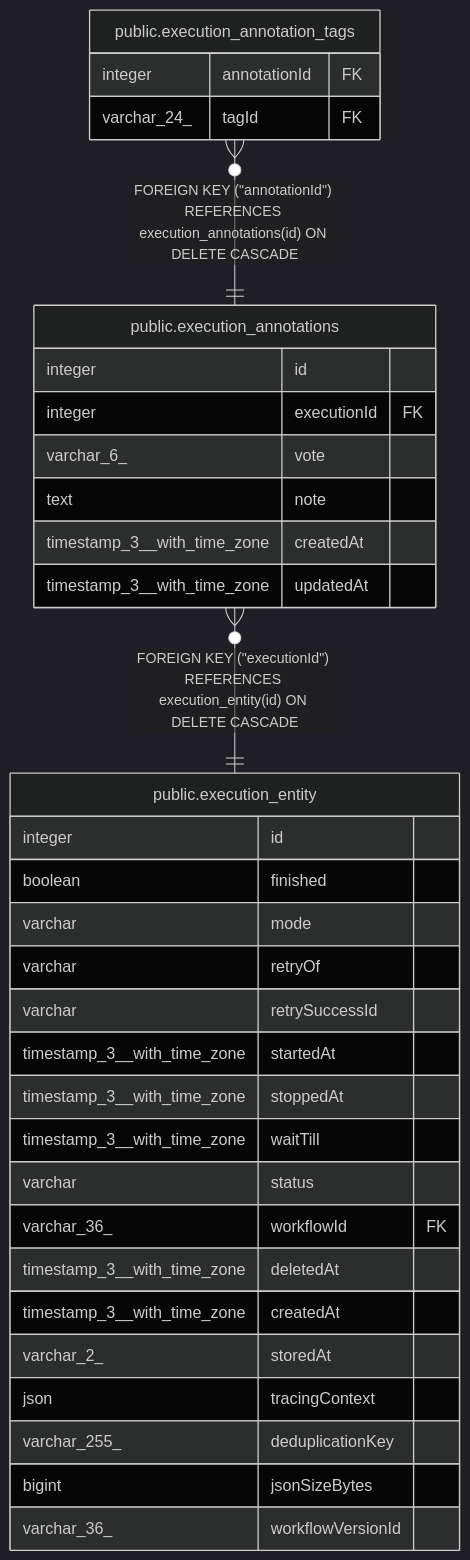
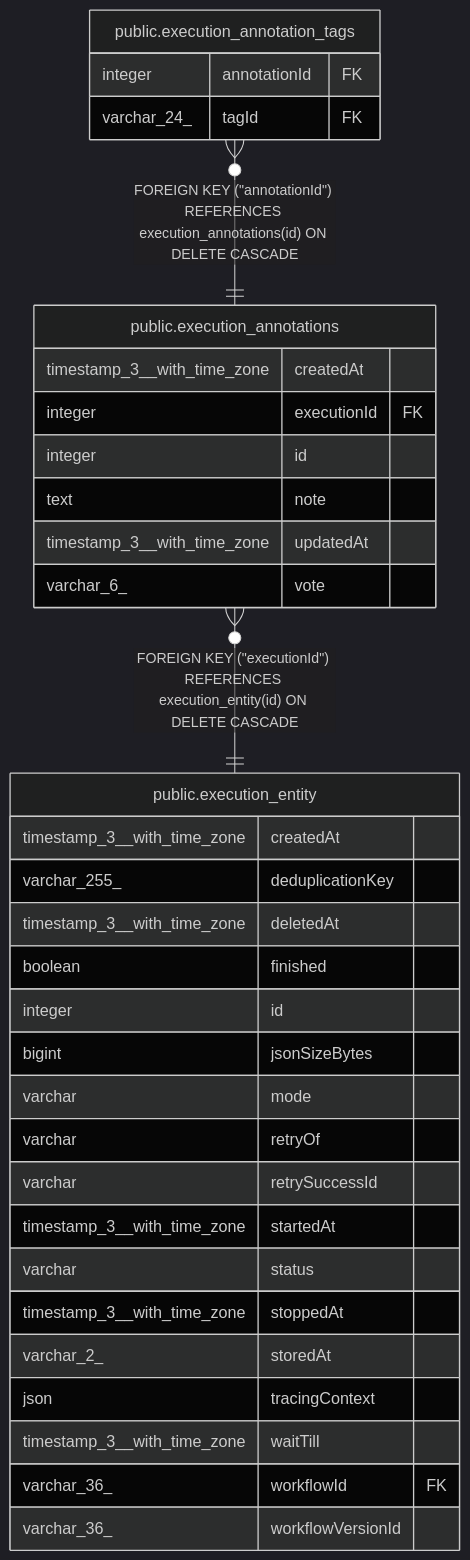
Before and after one commit to mayankjain1815-commits/n8n: the diagram in docs/generated/postgres-schema/public.execution_annotations.md, drawn with Mermaid (dark theme). The commit also changed other lines of this file and 221 other files, not shown here.

Commit message:
chore(core): Make DB schema docs generation deterministic (#32373)

````diff
--- a/docs/generated/postgres-schema/public.execution_annotations.md
+++ b/docs/generated/postgres-schema/public.execution_annotations.md
@@ -34,38 +34,38 @@
 ```mermaid
 erDiagram
 
+"public.execution_annotations" }o--|| "public.execution_entity" : "FOREIGN KEY (#quot;executionId#quot;) REFERENCES execution_entity(id) ON DELETE CASCADE"
 "public.execution_annotation_tags" }o--|| "public.execution_annotations" : "FOREIGN KEY (#quot;annotationId#quot;) REFERENCES execution_annotations(id) ON DELETE CASCADE"
-"public.execution_annotations" }o--|| "public.execution_entity" : "FOREIGN KEY (#quot;executionId#quot;) REFERENCES execution_entity(id) ON DELETE CASCADE"
 
 "public.execution_annotations" {
+  timestamp_3__with_time_zone createdAt
+  integer executionId FK
   integer id
-  integer executionId FK
+  text note
+  timestamp_3__with_time_zone updatedAt
   varchar_6_ vote
-  text note
+}
+"public.execution_entity" {
   timestamp_3__with_time_zone createdAt
-  timestamp_3__with_time_zone updatedAt
+  varchar_255_ deduplicationKey
+  timestamp_3__with_time_zone deletedAt
+  boolean finished
+  integer id
+  bigint jsonSizeBytes
+  varchar mode
+  varchar retryOf
+  varchar retrySuccessId
+  timestamp_3__with_time_zone startedAt
+  varchar status
+  timestamp_3__with_time_zone stoppedAt
+  varchar_2_ storedAt
+  json tracingContext
+  timestamp_3__with_time_zone waitTill
+  varchar_36_ workflowId FK
+  varchar_36_ workflowVersionId
 }
 "public.execution_annotation_tags" {
   integer annotationId FK
   varchar_24_ tagId FK
 }
-"public.execution_entity" {
-  integer id
-  boolean finished
-  varchar mode
-  varchar retryOf
-  varchar retrySuccessId
-  timestamp_3__with_time_zone startedAt
-  timestamp_3__with_time_zone stoppedAt
-  timestamp_3__with_time_zone waitTill
-  varchar status
-  varchar_36_ workflowId FK
-  timestamp_3__with_time_zone deletedAt
-  timestamp_3__with_time_zone createdAt
-  varchar_2_ storedAt
-  json tracingContext
-  varchar_255_ deduplicationKey
-  bigint jsonSizeBytes
-  varchar_36_ workflowVersionId
-}
 ```
````
